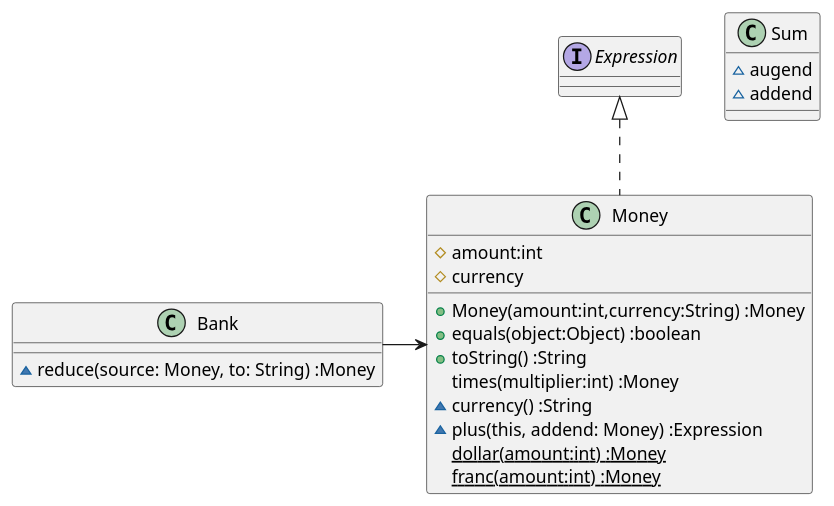
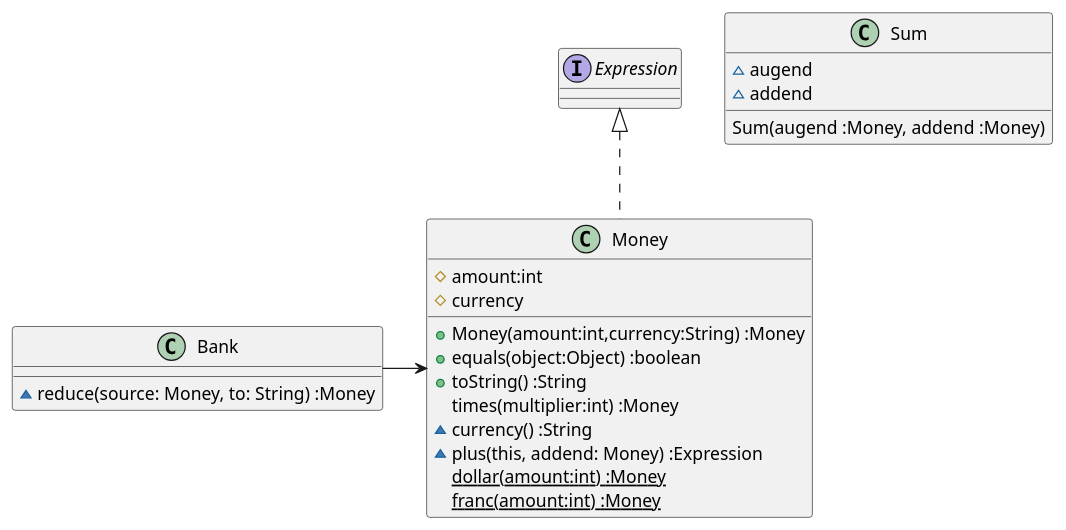
One commit to k2works/etude_for_java changed the first of 2 diagrams in docs/src/TDD.md. Above: the diagram before and after it, drawn with PlantUML. The commit also changed 4 other files, not shown here.

````diff
--- a/docs/src/TDD.md
+++ b/docs/src/TDD.md
@@ -48,24 +48,25 @@
 ```puml
 class Money {
   #amount:int
   #currency  
   +Money(amount:int,currency:String) :Money
   +equals(object:Object) :boolean  
   +toString() :String
   times(multiplier:int) :Money
   ~currency() :String
   ~plus(this, addend: Money) :Expression
   {static} dollar(amount:int) :Money
   {static} franc(amount:int) :Money  
 }
 interface Expression
 class Bank {
   ~reduce(source: Money, to: String) :Money
 }
 class Sum {
   ~augend
   ~addend
+  Sum(augend :Money, addend :Money)
 }
 Expression <|.. Money
 Bank -> Money
 ```
````
